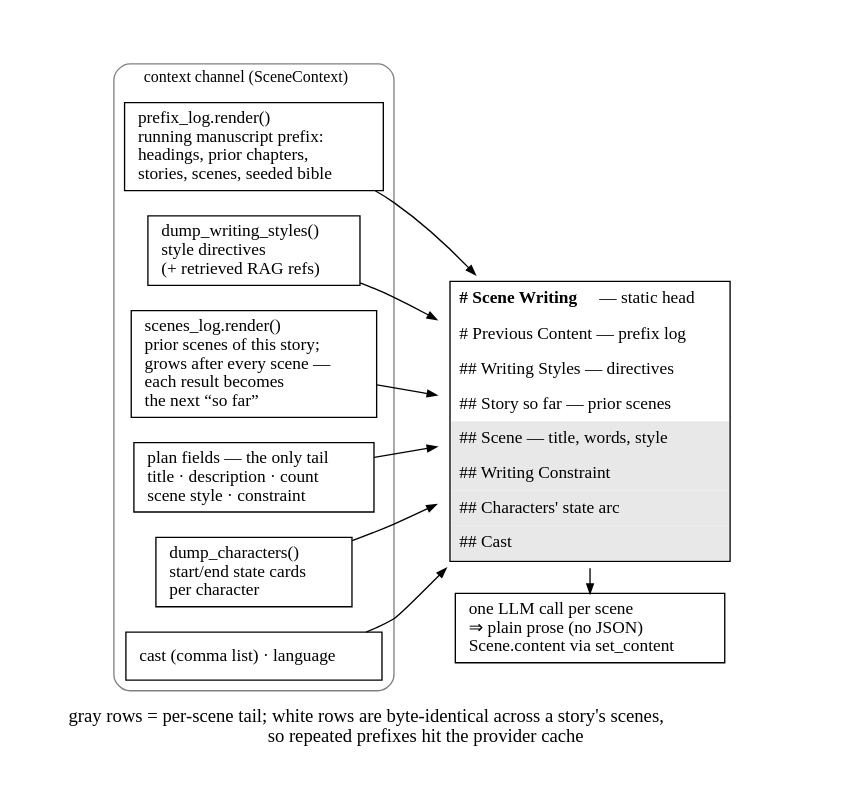
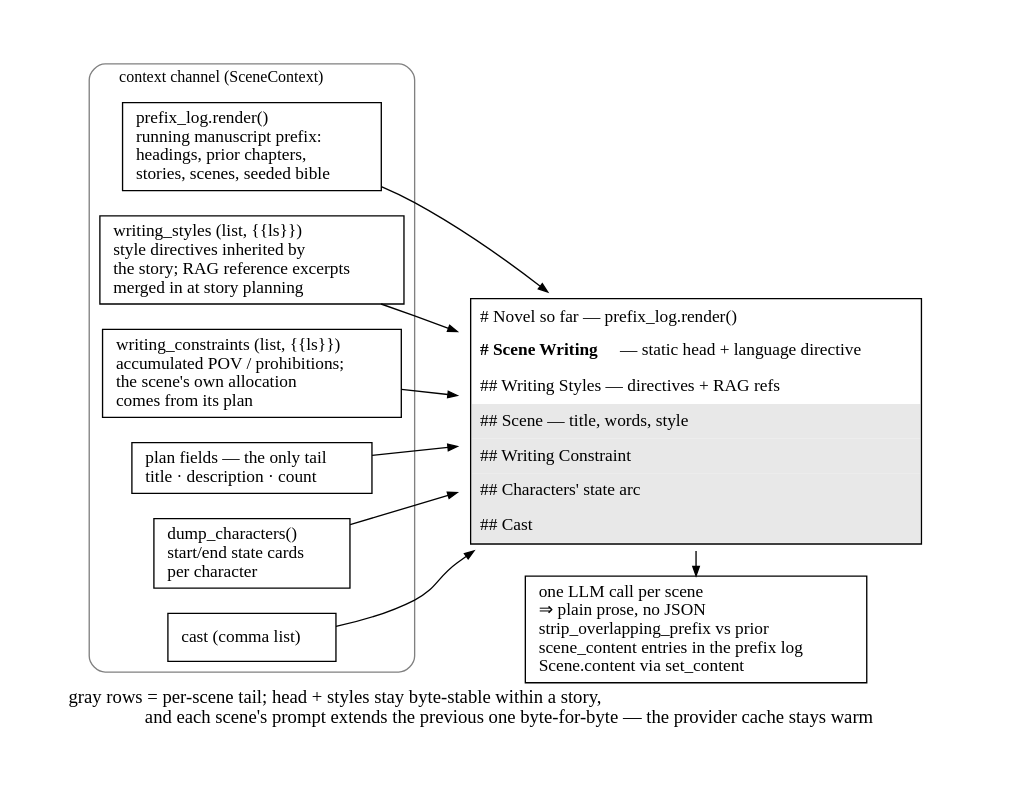
One commit to Whth/fabricatio changed the diagram in packages/fabricatio-novel/assets/prompt-assembly.gv. Above: the diagram before and after it, drawn with Graphviz. The commit also changed 42 other files, not shown here.

First line of the commit message:
refactor(novel)!: plural styles, unified prefix log

```diff
--- a/packages/fabricatio-novel/assets/prompt-assembly.gv
+++ b/packages/fabricatio-novel/assets/prompt-assembly.gv
@@ -1,62 +1,61 @@
 // fabricatio-novel: how one scene write prompt is assembled, and what comes back.
 // Render: dot -Tsvg prompt-assembly.gv -o prompt-assembly.svg
 digraph assembly {
     rankdir=LR;
     bgcolor="white";
     fontname="serif";
     pad="0.45";
     nodesep=0.26;
     ranksep=0.55;
 
     node [shape=box, style="filled", fillcolor="white", color="black",
           fontname="serif", fontsize=13, margin="0.14,0.07"];
     edge [color="black", arrowsize=0.7, fontname="serif", fontsize=11];
 
     subgraph cluster_sources {
         label="context channel (SceneContext)";
         labelloc="t";
         labeljust="l";
         fontname="serif";
         fontsize=12;
         color="#808080";
         style="rounded";
 
         src_prefix [label="prefix_log.render()\lrunning manuscript prefix:\lheadings, prior chapters,\lstories, scenes, seeded bible\l"];
-        src_styles [label="dump_writing_styles()\lstyle directives\l(+ retrieved RAG refs)\l"];
-        src_sofar  [label="scenes_log.render()\lprior scenes of this story;\lgrows after every scene —\leach result becomes\lthe next “so far”\l"];
-        src_scene  [label="plan fields — the only tail\ltitle · description · count\lscene style · constraint\l"];
+        src_styles [label="writing_styles (list, {{ls}})\lstyle directives inherited by\lthe story; RAG reference excerpts\lmerged in at story planning\l"];
+        src_constr [label="writing_constraints (list, {{ls}})\laccumulated POV / prohibitions;\lthe scene's own allocation\lcomes from its plan\l"];
+        src_scene  [label="plan fields — the only tail\ltitle · description · count\l"];
         src_chars  [label="dump_characters()\lstart/end state cards\lper character\l"];
-        src_misc   [label="cast (comma list) · language\l"];
+        src_misc   [label="cast (comma list)\l"];
     }
 
     prompt [shape=plaintext, style="", fillcolor="white",
             label=<
                 <table border="1" cellborder="0" cellspacing="0" cellpadding="6" bgcolor="white">
-                    <tr><td align="left"><b># Scene Writing</b> — static head</td></tr>
-                    <tr><td align="left"># Previous Content — prefix log</td></tr>
-                    <tr><td align="left">## Writing Styles — directives</td></tr>
-                    <tr><td align="left">## Story so far — prior scenes</td></tr>
+                    <tr><td align="left"># Novel so far — prefix_log.render()</td></tr>
+                    <tr><td align="left"><b># Scene Writing</b> — static head + language directive</td></tr>
+                    <tr><td align="left">## Writing Styles — directives + RAG refs</td></tr>
                     <tr><td align="left" bgcolor="#E8E8E8">## Scene — title, words, style</td></tr>
                     <tr><td align="left" bgcolor="#E8E8E8">## Writing Constraint</td></tr>
                     <tr><td align="left" bgcolor="#E8E8E8">## Characters' state arc</td></tr>
                     <tr><td align="left" bgcolor="#E8E8E8">## Cast</td></tr>
                 </table>
             >];
 
-    write [label="one LLM call per scene\l⇒ plain prose (no JSON)\lScene.content via set_content\l"];
+    write [label="one LLM call per scene\l⇒ plain prose, no JSON\lstrip_overlapping_prefix vs prior\lscene_content entries in the prefix log\lScene.content via set_content\l"];
 
     // keep the outcome box directly below the prompt, not to its right
     { rank=same; prompt; write; }
 
     src_prefix -> prompt;
     src_styles -> prompt;
-    src_sofar  -> prompt;
+    src_constr -> prompt;
     src_scene  -> prompt;
     src_chars  -> prompt;
     src_misc   -> prompt;
 
     prompt -> write [constraint=false];
 
     labelloc="b";
-    label="  gray rows = per-scene tail; white rows are byte-identical across a story's scenes,\l  so repeated prefixes hit the provider cache";
+    label="  gray rows = per-scene tail; head + styles stay byte-stable within a story,\l  and each scene's prompt extends the previous one byte-for-byte — the provider cache stays warm";
 }
```
